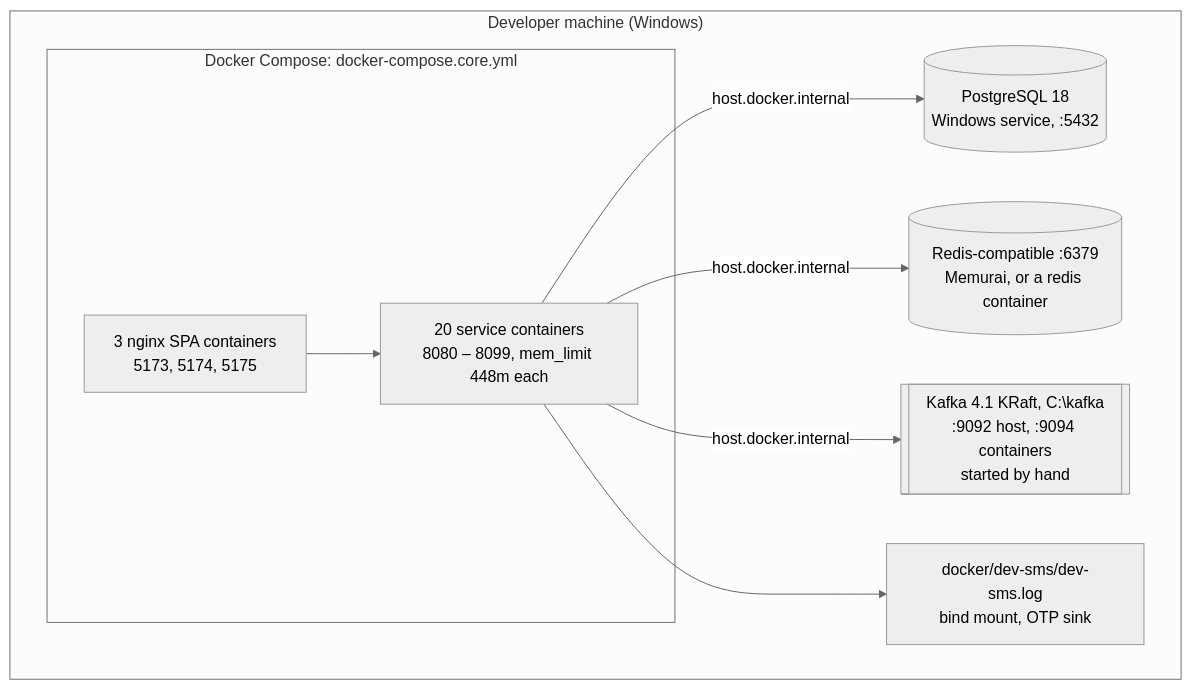
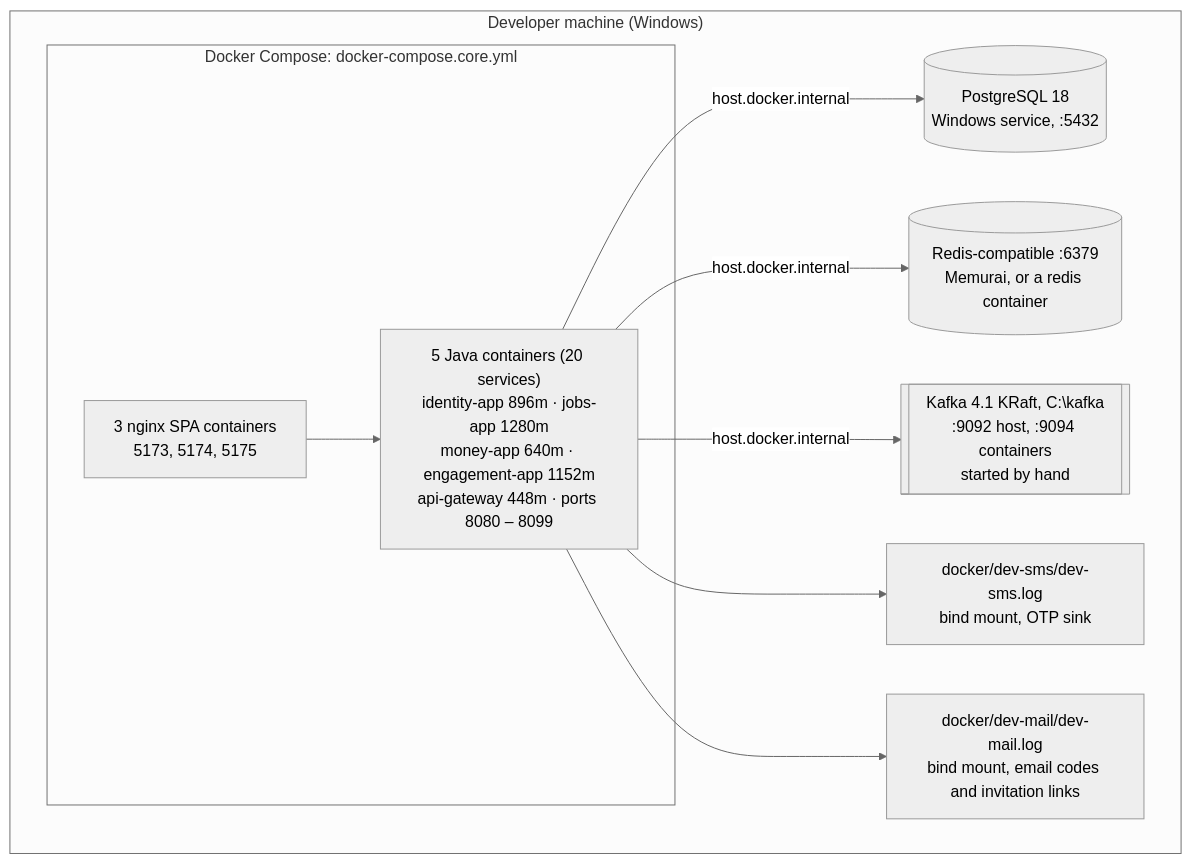
One commit to condigence/ji-hajoor changed diagram 27 of 29 in docs/ARCHITECTURE.md. Above: the diagram before and after it, drawn with Mermaid (neutral theme). The commit also changed other lines of this file and 944 other files, not shown here.

````diff
--- a/docs/ARCHITECTURE.md
+++ b/docs/ARCHITECTURE.md
@@ -1415,17 +1479,19 @@
 ```mermaid
 graph TB
     subgraph Host["Developer machine (Windows)"]
         PG[("PostgreSQL 18<br/>Windows service, :5432")]
         RD[("Redis-compatible :6379<br/>Memurai, or a redis container")]
         KF[["Kafka 4.1 KRaft, C:\kafka<br/>:9092 host, :9094 containers<br/>started by hand"]]
         subgraph net["Docker Compose: docker-compose.core.yml"]
-            S["20 service containers<br/>8080 – 8099, mem_limit 448m each"]
+            S["5 Java containers (20 services)<br/>identity-app 896m · jobs-app 1280m<br/>money-app 640m · engagement-app 1152m<br/>api-gateway 448m · ports 8080 – 8099"]
             W["3 nginx SPA containers<br/>5173, 5174, 5175"]
         end
         SMS["docker/dev-sms/dev-sms.log<br/>bind mount, OTP sink"]
+        MAIL["docker/dev-mail/dev-mail.log<br/>bind mount, email codes and invitation links"]
     end
 
     W --> S
     S -->|host.docker.internal| PG & RD & KF
     S --> SMS
+    S --> MAIL
 ```
````
